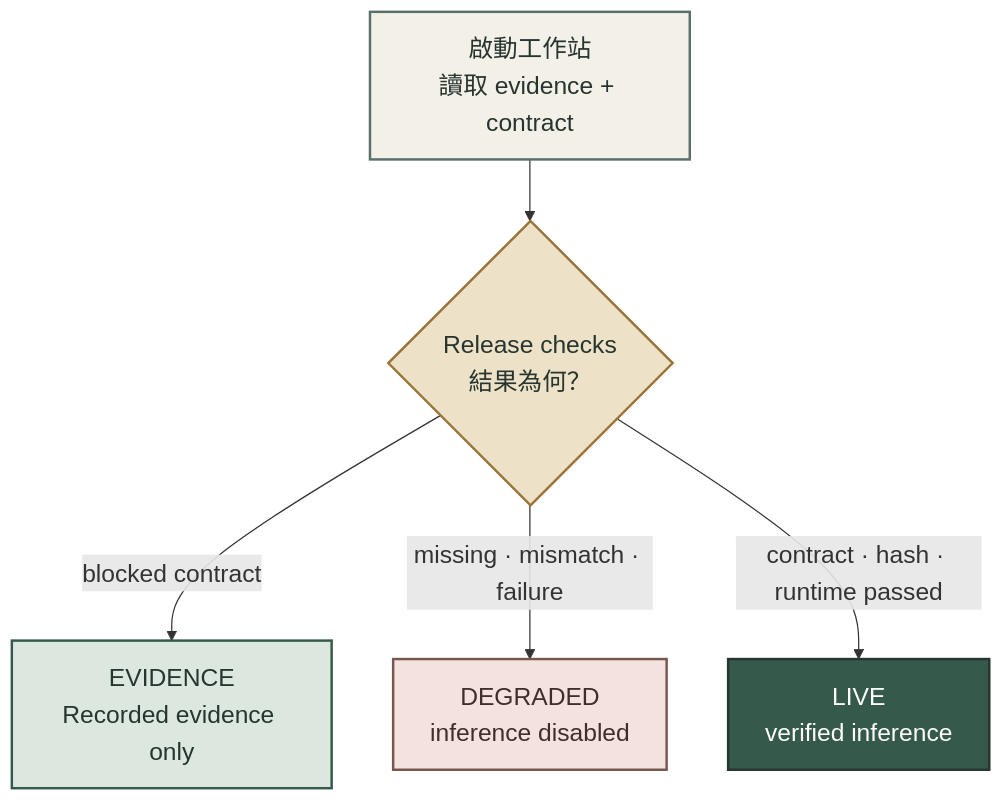
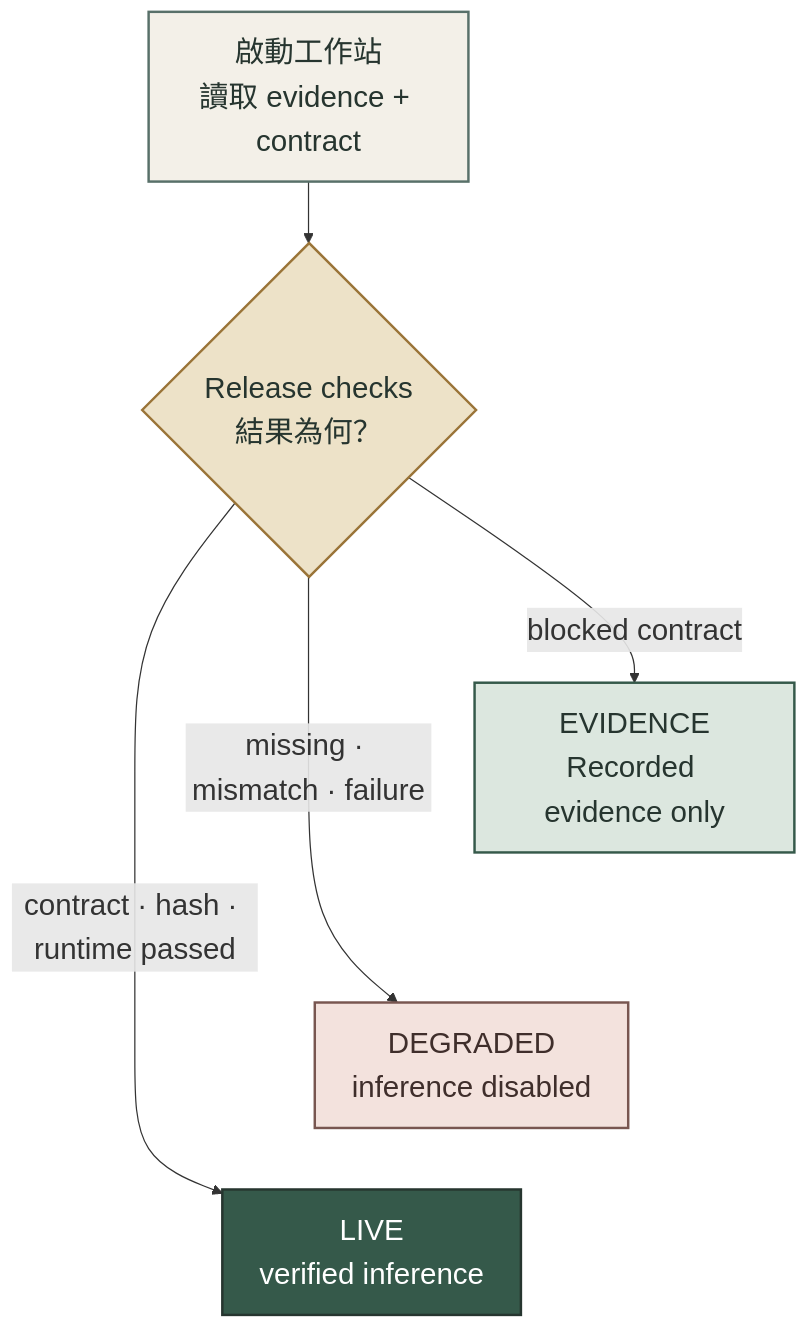
Before and after one commit to kuotunyu/pcb-defect-detection: the third of 5 diagrams in README.md, drawn with Mermaid. The commit also changed other lines of this file and 2 other files, not shown here.

Commit message:
docs: increase Mermaid diagram legibility

````diff
--- a/README.md
+++ b/README.md
@@ -130,29 +127,30 @@
 ```mermaid
-%%{init: {'themeVariables': {'fontSize': '20px'}}}%%
+%%{init: {'themeVariables': {'fontSize': '24px'}}}%%
 flowchart TB
     accTitle: PCB 人工複核工作站的 fail-closed 啟動門控
     accDescr: 工作站先讀取 committed evidence 與 model contract；blocked contract 顯示 Recorded evidence，資料錯誤進入 Degraded，全部 release checks 通過才進入 Live。
 
     Start["啟動工作站<br/>讀取 evidence + contract"]
     Gate{"Release checks<br/>結果為何？"}
     Evidence["EVIDENCE<br/>Recorded evidence only"]
     Degraded["DEGRADED<br/>inference disabled"]
     Live["LIVE<br/>verified inference"]
 
     Start --> Gate
     Gate -->|blocked contract| Evidence
     Gate -->|missing · mismatch · failure| Degraded
     Gate -->|contract · hash · runtime passed| Live
+    Evidence ~~~ Degraded ~~~ Live
 
     classDef neutral fill:#F3F0E8,stroke:#587069,stroke-width:2px,color:#26352F
     classDef decision fill:#EDE2C8,stroke:#9A7438,stroke-width:2px,color:#26352F
     classDef evidence fill:#DCE7DF,stroke:#35594A,stroke-width:2px,color:#26352F
     classDef blocked fill:#F3E2DD,stroke:#785650,stroke-width:2px,color:#3F2E2B
     classDef live fill:#35594A,stroke:#26352F,stroke-width:2px,color:#FFFFFF
 
     class Start neutral
     class Gate decision
     class Evidence evidence
     class Degraded blocked
     class Live live
 ```
````
